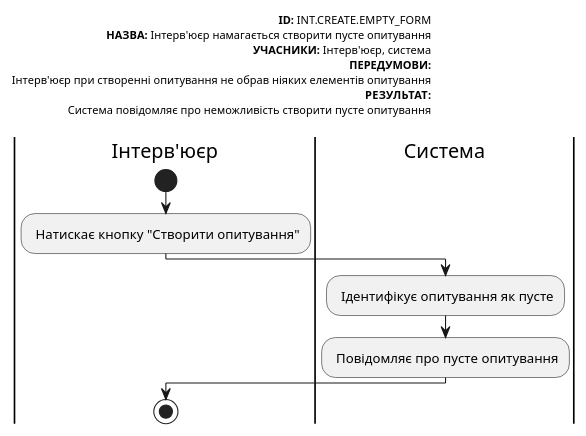
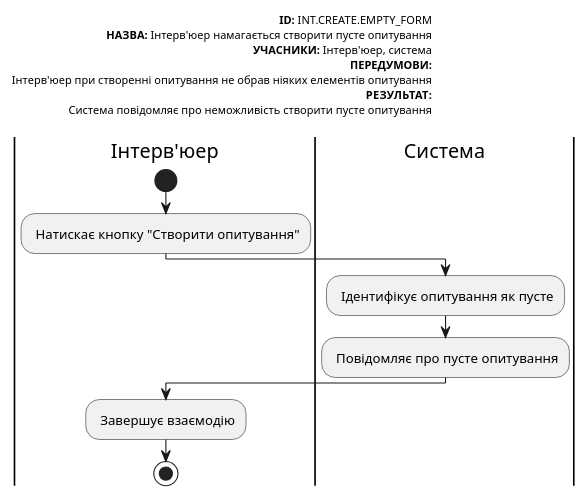
Diagram 22 of 22 in docs/use cases/README.md (michigang1/ImForms), drawn with PlantUML before and after one commit. The commit also changed other lines of this file, not shown here.

```diff
--- a/docs/use cases/README.md
+++ b/docs/use cases/README.md
@@ -686,23 +686,24 @@
 @startuml
 left header
 <font color=000 size=10><b>ID:</b> INT.CREATE.EMPTY_FORM
-<font color=000 size=10><b>НАЗВА:</b> Інтерв'юєр намагається створити пусте опитування  
-<font color=000 size=10><b>УЧАСНИКИ:</b> Інтерв'юєр, система
+<font color=000 size=10><b>НАЗВА:</b> Інтерв'юер намагається створити пусте опитування  
+<font color=000 size=10><b>УЧАСНИКИ:</b> Інтерв'юер, система
 <font color=000 size=10><b>ПЕРЕДУМОВИ:</b>
-<font color=000 size=10> Інтерв'юєр при створенні опитування не обрав ніяких елементів опитування
+<font color=000 size=10> Інтерв'юер при створенні опитування не обрав ніяких елементів опитування
 <font color=000 size=10><b>РЕЗУЛЬТАТ:</b>
 <font color=000 size=10> Система повідомляє про неможливість створити пусте опитування
 
 end header
 
-|Інтерв'юєр|
+|Інтерв'юер|
        start
        : Натискає кнопку "Створити опитування";
 
 |Система|
         : Ідентифікує опитування як пусте;
         : Повідомляє про пусте опитування;
 
-|Інтерв'юєр|
+|Інтерв'юер|
+       : Завершує взаємодію;
         stop;
 @enduml
```
